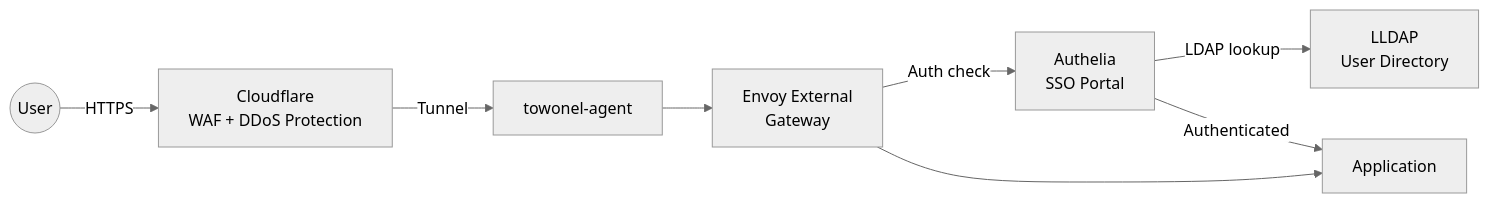
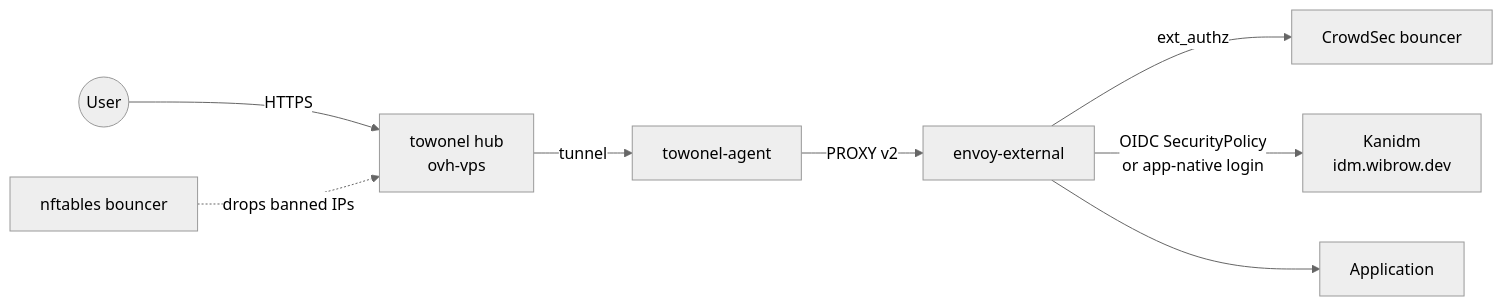
One commit to swibrow/home-ops changed the first of 2 diagrams in docs/security/index.md. Above: the diagram before and after it, drawn with Mermaid (neutral theme). The commit also changed other lines of this file and 105 other files, not shown here.

````diff
--- a/docs/security/index.md
+++ b/docs/security/index.md
@@ -11,10 +11,10 @@
 ```mermaid
 flowchart LR
-    User((User)) -->|HTTPS| CF[Cloudflare\nWAF + DDoS Protection]
-    CF -->|Tunnel| CFL[towonel-agent]
-    CFL --> EE[Envoy External\nGateway]
-    EE -->|Auth check| AUTH[Authelia\nSSO Portal]
-    AUTH -->|LDAP lookup| LLDAP[LLDAP\nUser Directory]
-    AUTH -->|Authenticated| APP[Application]
-    EE --> APP
+    User((User)) -->|HTTPS| Hub[towonel hub<br/>ovh-vps]
+    VPSB[nftables bouncer] -.->|drops banned IPs| Hub
+    Hub -->|tunnel| TA[towonel-agent]
+    TA -->|PROXY v2| EE[envoy-external]
+    EE -->|ext_authz| CS[CrowdSec bouncer]
+    EE -->|OIDC SecurityPolicy<br/>or app-native login| K[Kanidm<br/>idm.wibrow.dev]
+    EE --> APP[Application]
 ```
````
